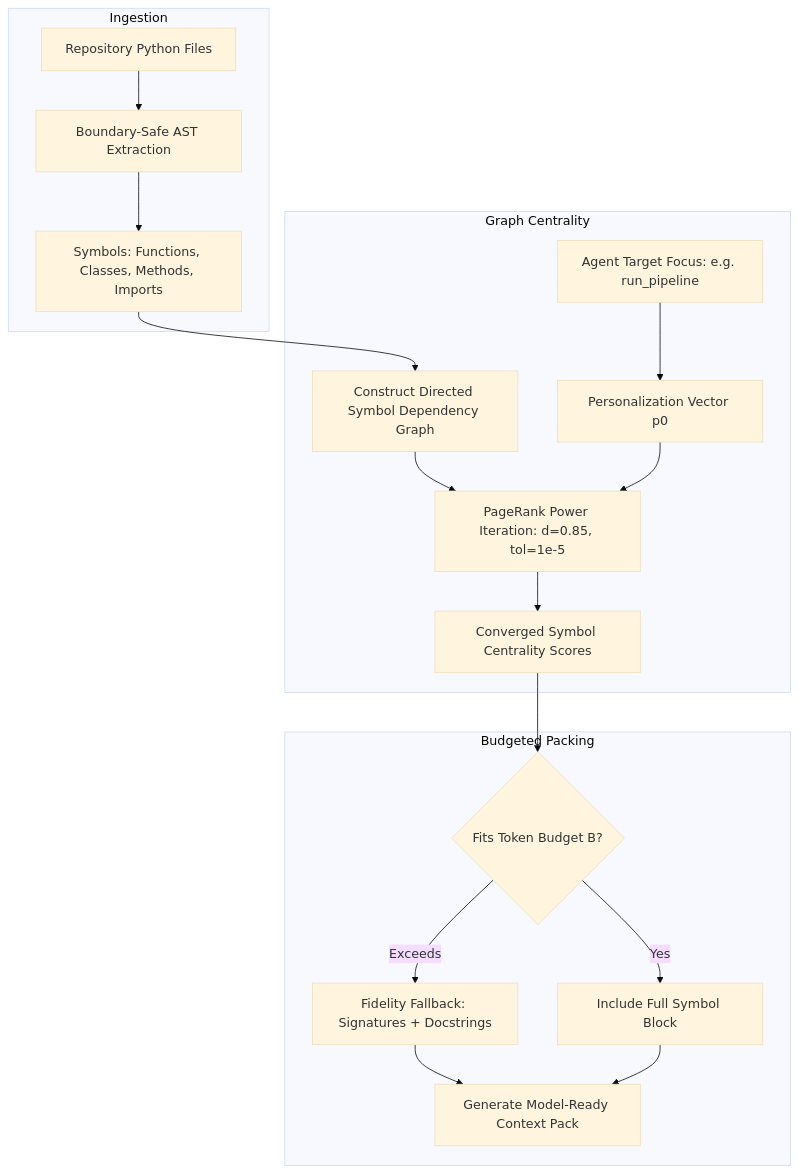
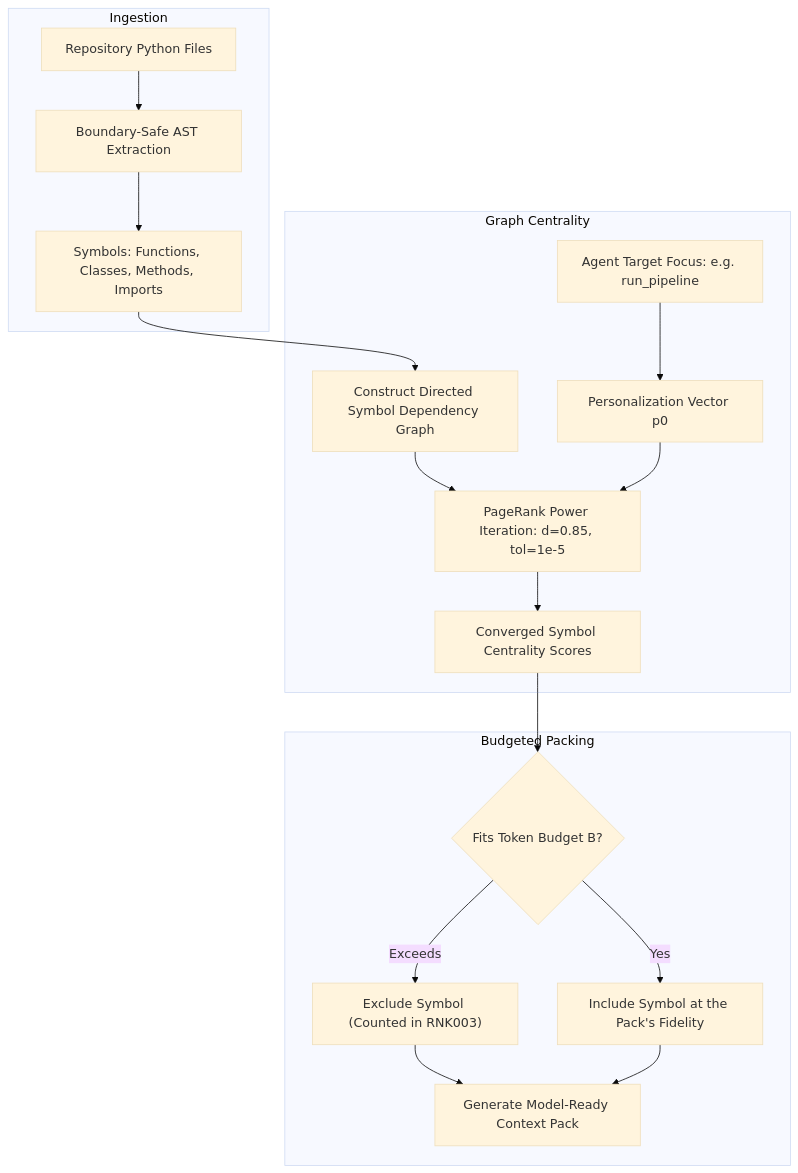
Before and after one commit to dan-petty/vibes: the diagram in observations/systems/38-graph-ranked-ast-context-optimization-and-personalized-pagerank.md, drawn with Mermaid (base theme). The commit also changed other lines of this file and 248 other files, not shown here.

````diff
--- a/observations/systems/38-graph-ranked-ast-context-optimization-and-personalized-pagerank.md
+++ b/observations/systems/38-graph-ranked-ast-context-optimization-and-personalized-pagerank.md
@@ -49,23 +42,23 @@
 ```mermaid
 flowchart TD
     subgraph Ingestion
         A[Repository Python Files] --> B[Boundary-Safe AST Extraction]
         B --> C[Symbols: Functions, Classes, Methods, Imports]
     end
 
     subgraph "Graph Centrality"
         C --> D[Construct Directed Symbol Dependency Graph]
         E[Agent Target Focus: e.g. run_pipeline] --> F[Personalization Vector p0]
         D --> G[PageRank Power Iteration: d=0.85, tol=1e-5]
         F --> G
         G --> H[Converged Symbol Centrality Scores]
     end
 
     subgraph "Budgeted Packing"
         H --> I{Fits Token Budget B?}
-        I -- Yes --> J[Include Full Symbol Block]
-        I -- Exceeds --> K[Fidelity Fallback: Signatures + Docstrings]
+        I -- Yes --> J["Include Symbol at the Pack's Fidelity"]
+        I -- Exceeds --> K["Exclude Symbol (Counted in RNK003)"]
         K --> L[Generate Model-Ready Context Pack]
         J --> L
     end
 ```
````
